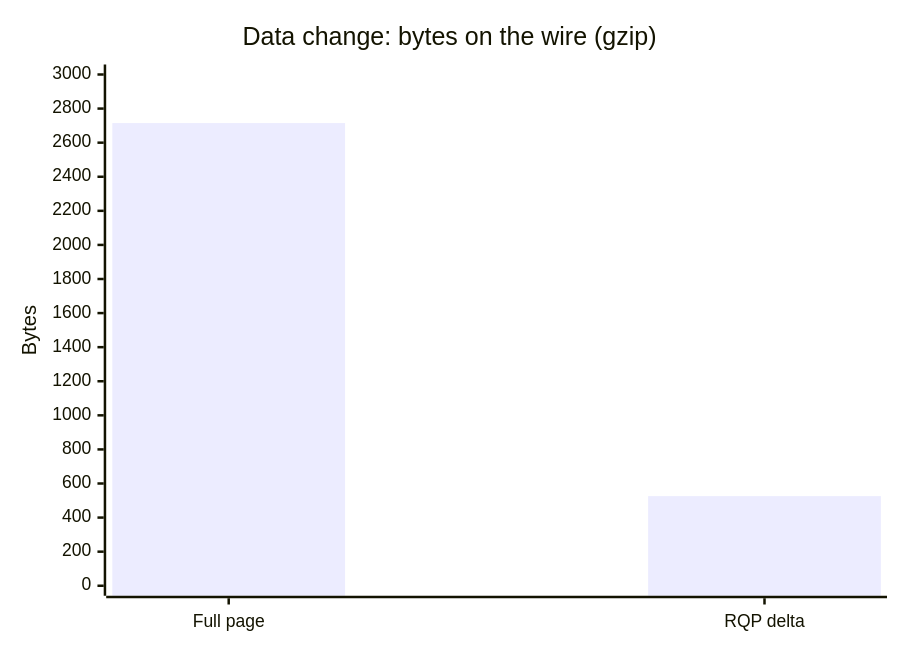
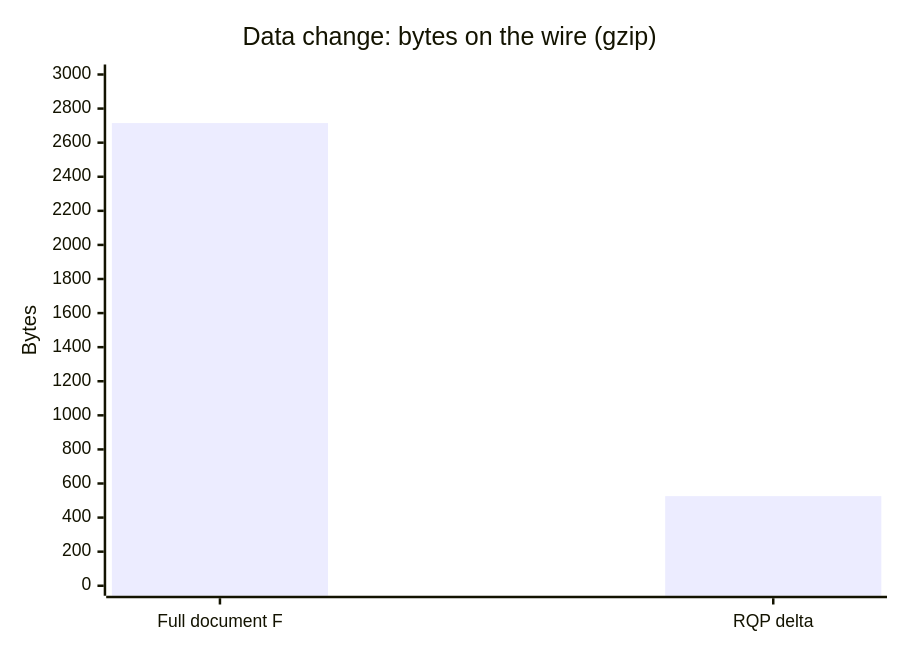
One commit to robotoss/rivqen changed the diagram in docs/guide/performance.md. Above: the diagram before and after it, drawn with Mermaid. The commit also changed other lines of this file, not shown here.

Commit message:
docs(guide): performance page states exactly what was measured

````diff
--- a/docs/guide/performance.md
+++ b/docs/guide/performance.md
@@ -64,7 +64,7 @@
 ```mermaid
 xychart-beta
   title "Data change: bytes on the wire (gzip)"
-  x-axis ["Full page", "RQP delta"]
+  x-axis ["Full document F", "RQP delta"]
   y-axis "Bytes" 0 --> 3000
   bar [2715, 526]
 ```
````
